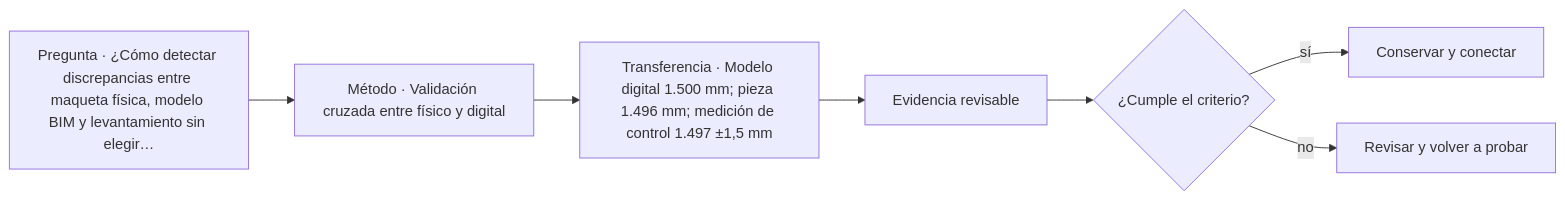
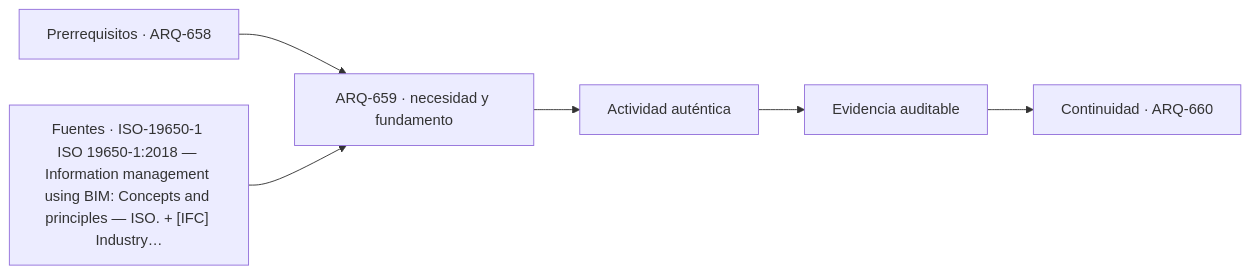
Before and after one commit to vladimiracunadev-create/architecture-built-environment-learning-program: the diagram in classes/parte-66/ARQ-659.md, drawn with Mermaid. The commit also changed other lines of this file and 761 other files, not shown here.

````diff
--- a/classes/parte-66/ARQ-659.md
+++ b/classes/parte-66/ARQ-659.md
@@ -66,9 +78,8 @@
 ```mermaid
 flowchart LR
-    Q["Pregunta · ¿Cómo detectar discrepancias entre maqueta física, modelo BIM y levantamiento sin elegir…"] --> M["Método · Validación cruzada entre físico y digital"]
-    M --> P["Transferencia · Modelo digital 1.500 mm; pieza 1.496 mm; medición de control 1.497 ±1,5 mm"]
-    P --> E["Evidencia revisable"]
-    E --> C{"¿Cumple el criterio?"}
-    C -->|sí| T["Conservar y conectar"]
-    C -->|no| R["Revisar y volver a probar"]
+    A["Prerrequisitos · ARQ-658"] --> B["ARQ-659 · necesidad y fundamento"]
+    S["Fuentes · ISO-19650-1 ISO 19650-1:2018 — Information management using BIM: Concepts and principles — ISO. + [IFC] Industry…"] --> B
+    B --> C["Actividad auténtica"]
+    C --> D["Evidencia auditable"]
+    D --> E["Continuidad · ARQ-660"]
 ```
````
